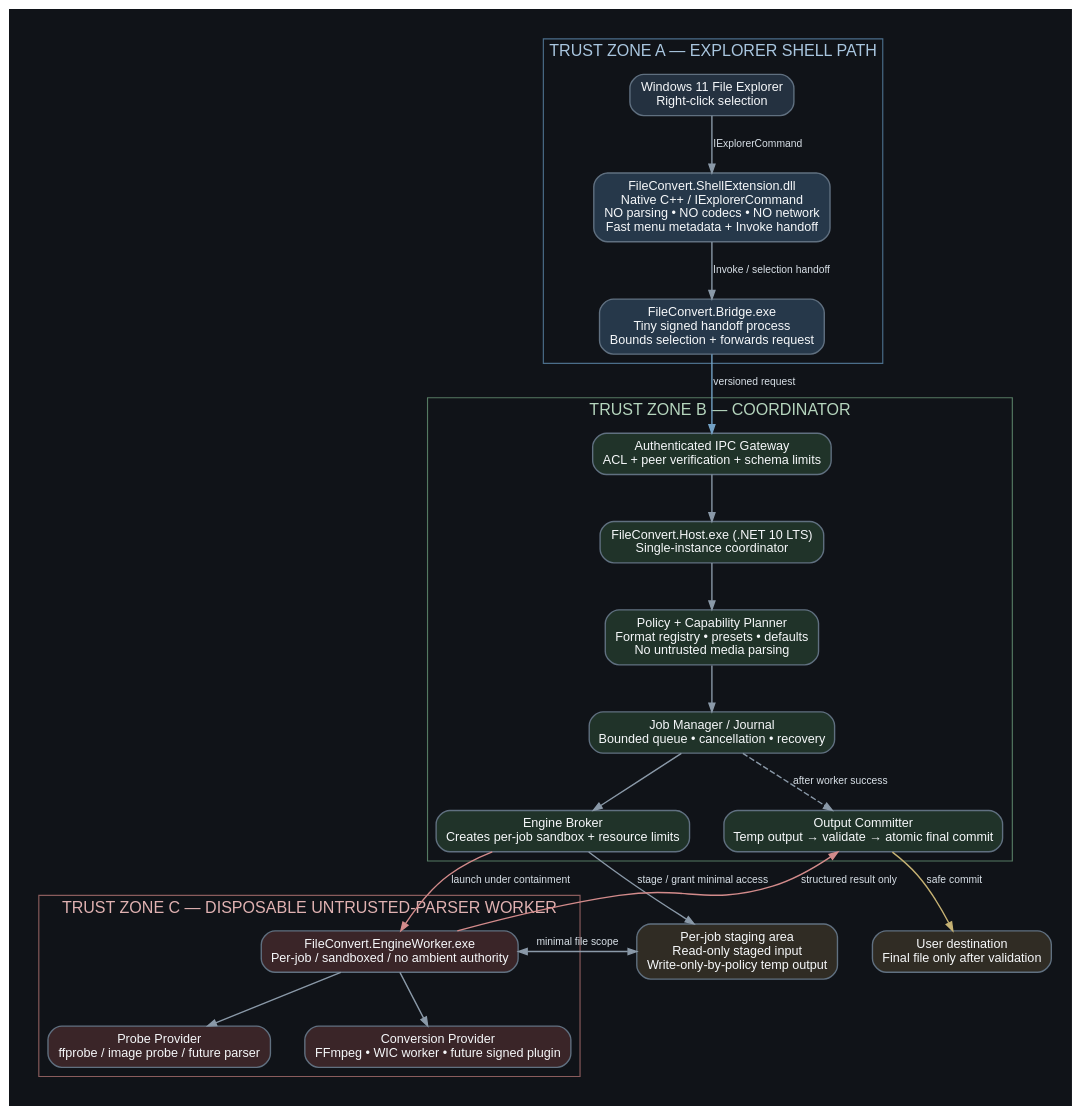
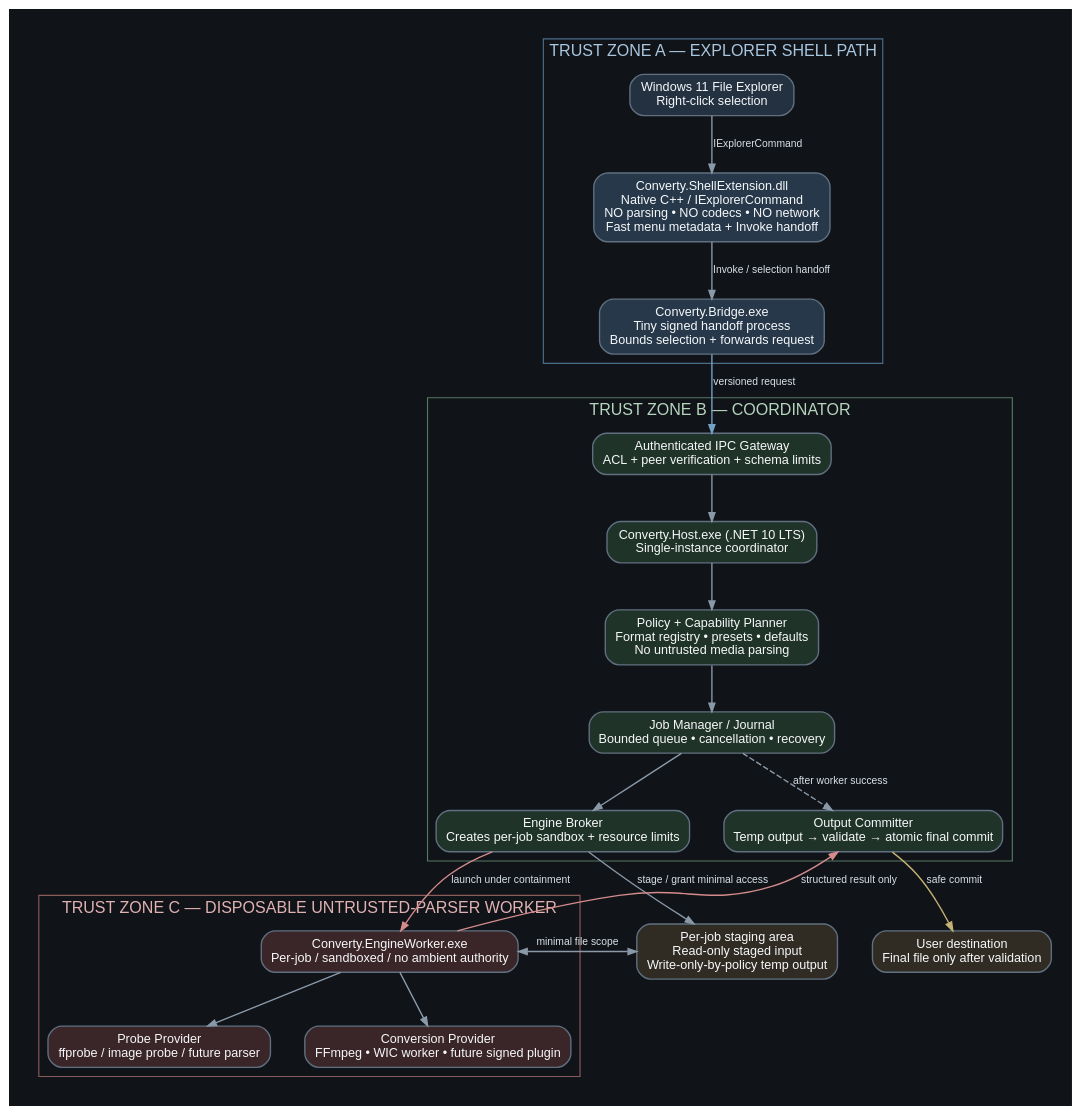
Before and after one commit to aeiouofficial/converty: the diagram in reference-images/01_system_architecture.dot, drawn with Graphviz. The commit also changed 173 other files, not shown here.

```diff
--- a/reference-images/01_system_architecture.dot
+++ b/reference-images/01_system_architecture.dot
@@ -1,11 +1,11 @@
 digraph G {
  graph [bgcolor="#101318", pad="0.25", nodesep="0.42", ranksep="0.55", fontname="Arial", fontcolor="#E8ECF1"];
  node [shape=box, style="rounded,filled", fontname="Arial", fontsize=11, color="#607080", fontcolor="#F6F8FA", fillcolor="#1B232D", penwidth=1.2, margin="0.14,0.08"];
  edge [fontname="Arial", fontsize=9, color="#8A99A8", fontcolor="#D9E1E8", arrowsize=0.75, penwidth=1.2];
  rankdir=TB;
- subgraph cluster_shell { label="TRUST ZONE A — EXPLORER SHELL PATH"; color="#4B6E8A"; fontcolor="#A9C6DF"; explorer [label="Windows 11 File Explorer\nRight-click selection", fillcolor="#243140"]; shell [label="FileConvert.ShellExtension.dll\nNative C++ / IExplorerCommand\nNO parsing • NO codecs • NO network\nFast menu metadata + Invoke handoff", fillcolor="#26384A"]; bridge [label="FileConvert.Bridge.exe\nTiny signed handoff process\nBounds selection + forwards request", fillcolor="#26384A"]; explorer -> shell [label="IExplorerCommand"]; shell -> bridge [label="Invoke / selection handoff"]; }
- subgraph cluster_coord { label="TRUST ZONE B — COORDINATOR"; color="#557A62"; fontcolor="#B5D5BD"; host [label="FileConvert.Host.exe (.NET 10 LTS)\nSingle-instance coordinator", fillcolor="#203329"]; ipc [label="Authenticated IPC Gateway\nACL + peer verification + schema limits", fillcolor="#203329"]; planner [label="Policy + Capability Planner\nFormat registry • presets • defaults\nNo untrusted media parsing", fillcolor="#203329"]; queue [label="Job Manager / Journal\nBounded queue • cancellation • recovery", fillcolor="#203329"]; broker [label="Engine Broker\nCreates per-job sandbox + resource limits", fillcolor="#203329"]; committer [label="Output Committer\nTemp output → validate → atomic final commit", fillcolor="#203329"]; ipc -> host -> planner -> queue -> broker; queue -> committer [style=dashed, label="after worker success"]; }
- subgraph cluster_worker { label="TRUST ZONE C — DISPOSABLE UNTRUSTED-PARSER WORKER"; color="#8A5C5C"; fontcolor="#E0B2B2"; worker [label="FileConvert.EngineWorker.exe\nPer-job / sandboxed / no ambient authority", fillcolor="#3A2528"]; probe [label="Probe Provider\nffprobe / image probe / future parser", fillcolor="#3A2528"]; engine [label="Conversion Provider\nFFmpeg • WIC worker • future signed plugin", fillcolor="#3A2528"]; worker -> probe; worker -> engine; }
+ subgraph cluster_shell { label="TRUST ZONE A — EXPLORER SHELL PATH"; color="#4B6E8A"; fontcolor="#A9C6DF"; explorer [label="Windows 11 File Explorer\nRight-click selection", fillcolor="#243140"]; shell [label="Converty.ShellExtension.dll\nNative C++ / IExplorerCommand\nNO parsing • NO codecs • NO network\nFast menu metadata + Invoke handoff", fillcolor="#26384A"]; bridge [label="Converty.Bridge.exe\nTiny signed handoff process\nBounds selection + forwards request", fillcolor="#26384A"]; explorer -> shell [label="IExplorerCommand"]; shell -> bridge [label="Invoke / selection handoff"]; }
+ subgraph cluster_coord { label="TRUST ZONE B — COORDINATOR"; color="#557A62"; fontcolor="#B5D5BD"; host [label="Converty.Host.exe (.NET 10 LTS)\nSingle-instance coordinator", fillcolor="#203329"]; ipc [label="Authenticated IPC Gateway\nACL + peer verification + schema limits", fillcolor="#203329"]; planner [label="Policy + Capability Planner\nFormat registry • presets • defaults\nNo untrusted media parsing", fillcolor="#203329"]; queue [label="Job Manager / Journal\nBounded queue • cancellation • recovery", fillcolor="#203329"]; broker [label="Engine Broker\nCreates per-job sandbox + resource limits", fillcolor="#203329"]; committer [label="Output Committer\nTemp output → validate → atomic final commit", fillcolor="#203329"]; ipc -> host -> planner -> queue -> broker; queue -> committer [style=dashed, label="after worker success"]; }
+ subgraph cluster_worker { label="TRUST ZONE C — DISPOSABLE UNTRUSTED-PARSER WORKER"; color="#8A5C5C"; fontcolor="#E0B2B2"; worker [label="Converty.EngineWorker.exe\nPer-job / sandboxed / no ambient authority", fillcolor="#3A2528"]; probe [label="Probe Provider\nffprobe / image probe / future parser", fillcolor="#3A2528"]; engine [label="Conversion Provider\nFFmpeg • WIC worker • future signed plugin", fillcolor="#3A2528"]; worker -> probe; worker -> engine; }
  stage [label="Per-job staging area\nRead-only staged input\nWrite-only-by-policy temp output", fillcolor="#302C24"]; final [label="User destination\nFinal file only after validation", fillcolor="#302C24"];
  bridge -> ipc [label="versioned request", color="#73A2C6"]; broker -> stage [label="stage / grant minimal access"]; broker -> worker [label="launch under containment", color="#D38B8B"]; stage -> worker [dir=both, label="minimal file scope"]; worker -> committer [label="structured result only", color="#D38B8B"]; committer -> final [label="safe commit", color="#C6B273"];
 }
```
